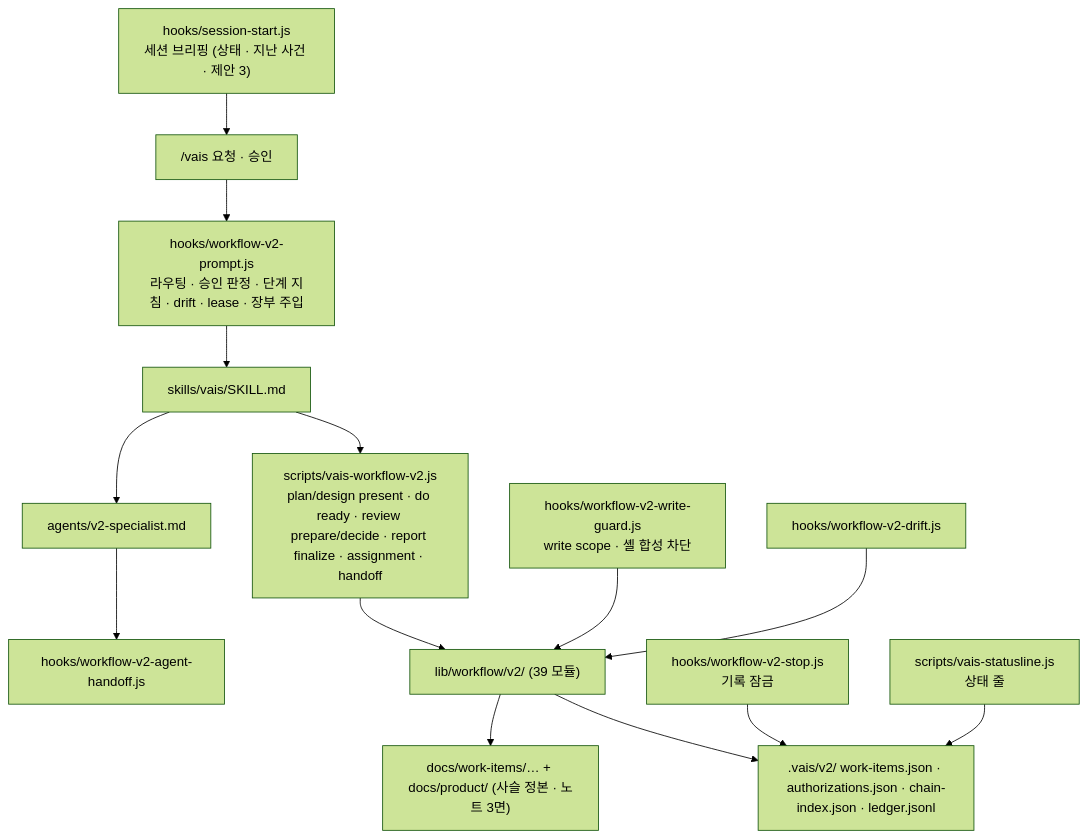
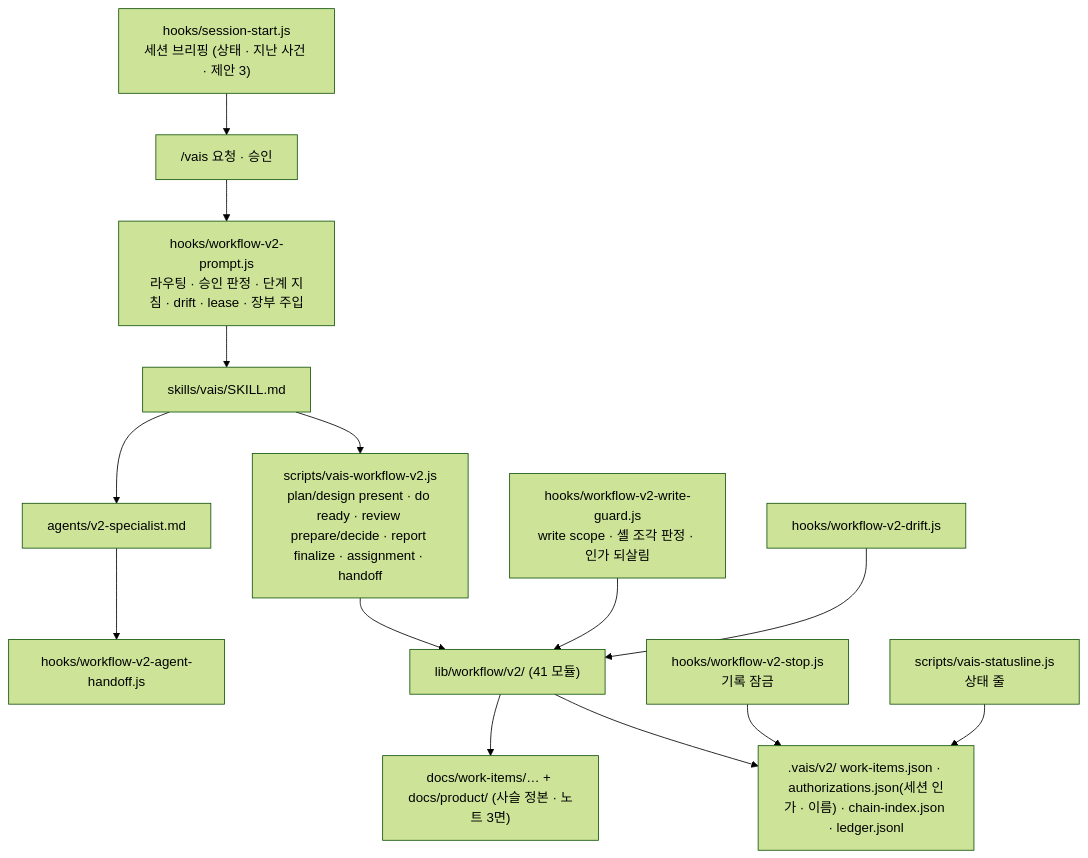
Before and after one commit to ghlee3401/vais-claude-code: the diagram in ONBOARDING.md, drawn with Mermaid (forest theme). The commit also changed other lines of this file and 86 other files, not shown here.

````diff
--- a/ONBOARDING.md
+++ b/ONBOARDING.md
@@ -27,16 +27,16 @@
 ```mermaid
 flowchart TB
     START["hooks/session-start.js<br/>세션 브리핑 (상태 · 지난 사건 · 제안 3)"] --> USER
     USER["/vais 요청 · 승인"] --> PROMPT["hooks/workflow-v2-prompt.js<br/>라우팅 · 승인 판정 · 단계 지침 · drift · lease · 장부 주입"]
     PROMPT --> SKILL["skills/vais/SKILL.md"]
     SKILL --> CLI["scripts/vais-workflow-v2.js<br/>plan/design present · do ready · review prepare/decide · report finalize · assignment · handoff"]
-    CLI --> LIB["lib/workflow/v2/ (39 모듈)"]
-    LIB --> STATE[".vais/v2/ work-items.json · authorizations.json · chain-index.json · ledger.jsonl"]
+    CLI --> LIB["lib/workflow/v2/ (41 모듈)"]
+    LIB --> STATE[".vais/v2/ work-items.json · authorizations.json(세션 인가 · 이름) · chain-index.json · ledger.jsonl"]
     LIB --> DOCS["docs/work-items/… + docs/product/ (사슬 정본 · 노트 3면)"]
     SKILL --> AGENT["agents/v2-specialist.md"]
     AGENT --> HANDOFF["hooks/workflow-v2-agent-handoff.js"]
-    GUARD["hooks/workflow-v2-write-guard.js<br/>write scope · 셸 합성 차단"] --> LIB
+    GUARD["hooks/workflow-v2-write-guard.js<br/>write scope · 셸 조각 판정 · 인가 되살림"] --> LIB
     DRIFT["hooks/workflow-v2-drift.js"] --> LIB
     STOP["hooks/workflow-v2-stop.js<br/>기록 잠금"] --> STATE
     STATUS["scripts/vais-statusline.js<br/>상태 줄"] --> STATE
 ```
````
